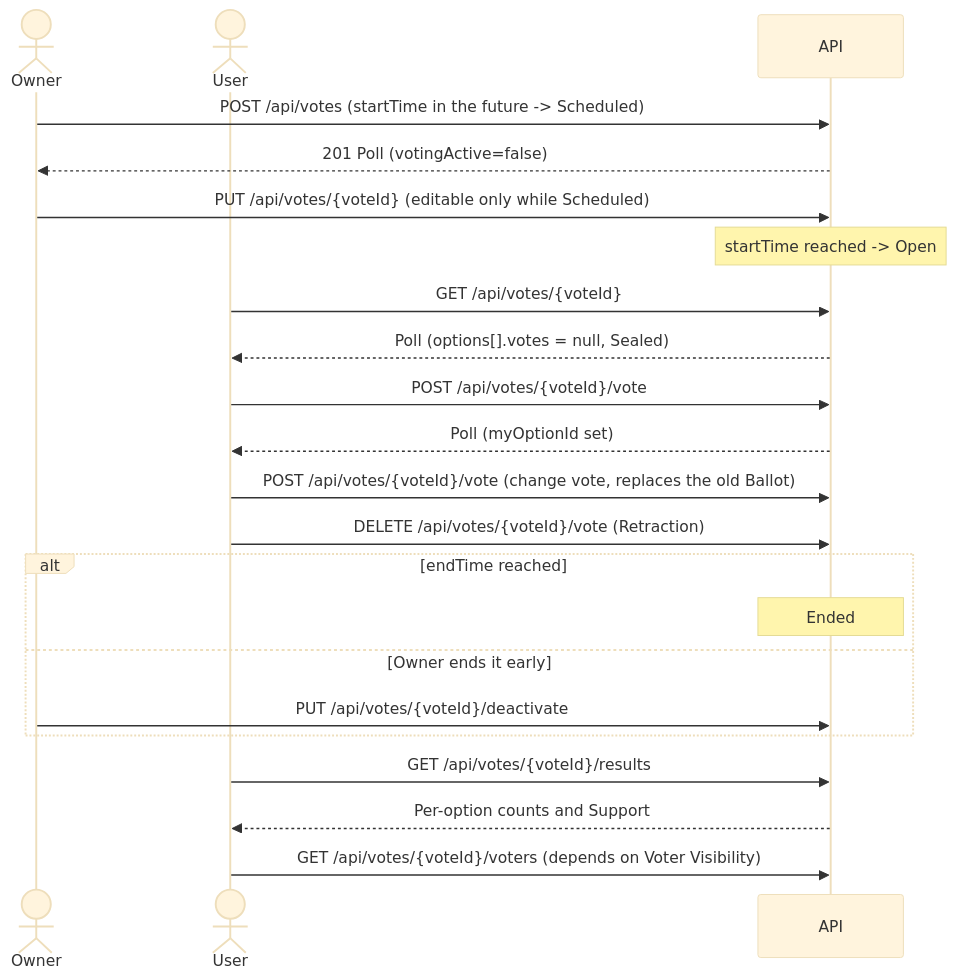
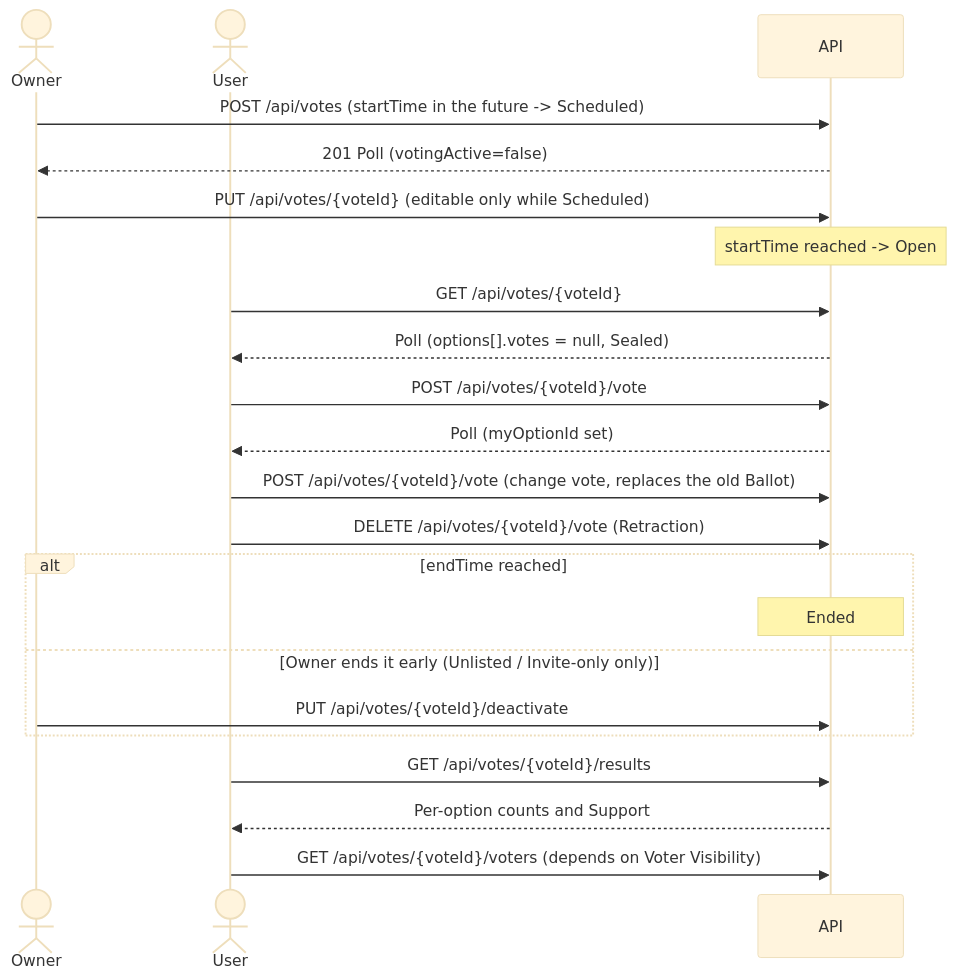
Before and after one commit to vomatt/vomatt-api: the diagram in docs/frontend/flows/poll-lifecycle.md, drawn with Mermaid (base theme). The commit also changed other lines of this file and 13 other files, not shown here.

````diff
--- a/docs/frontend/flows/poll-lifecycle.md
+++ b/docs/frontend/flows/poll-lifecycle.md
@@ -11,24 +11,24 @@
 ```mermaid
 sequenceDiagram
     actor Owner as Owner
     actor User as User
     participant API
     Owner->>API: POST /api/votes (startTime in the future -> Scheduled)
     API-->>Owner: 201 Poll (votingActive=false)
     Owner->>API: PUT /api/votes/{voteId} (editable only while Scheduled)
     Note over API: startTime reached -> Open
     User->>API: GET /api/votes/{voteId}
     API-->>User: Poll (options[].votes = null, Sealed)
     User->>API: POST /api/votes/{voteId}/vote
     API-->>User: Poll (myOptionId set)
     User->>API: POST /api/votes/{voteId}/vote (change vote, replaces the old Ballot)
     User->>API: DELETE /api/votes/{voteId}/vote (Retraction)
     alt endTime reached
         Note over API: Ended
-    else Owner ends it early
+    else Owner ends it early (Unlisted / Invite-only only)
         Owner->>API: PUT /api/votes/{voteId}/deactivate
     end
     User->>API: GET /api/votes/{voteId}/results
     API-->>User: Per-option counts and Support
     User->>API: GET /api/votes/{voteId}/voters (depends on Voter Visibility)
 ```
````
